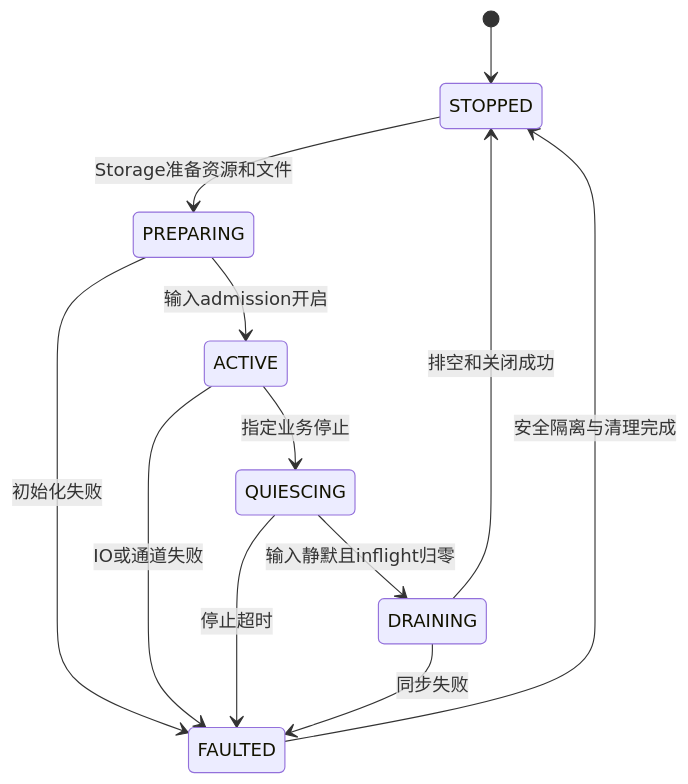
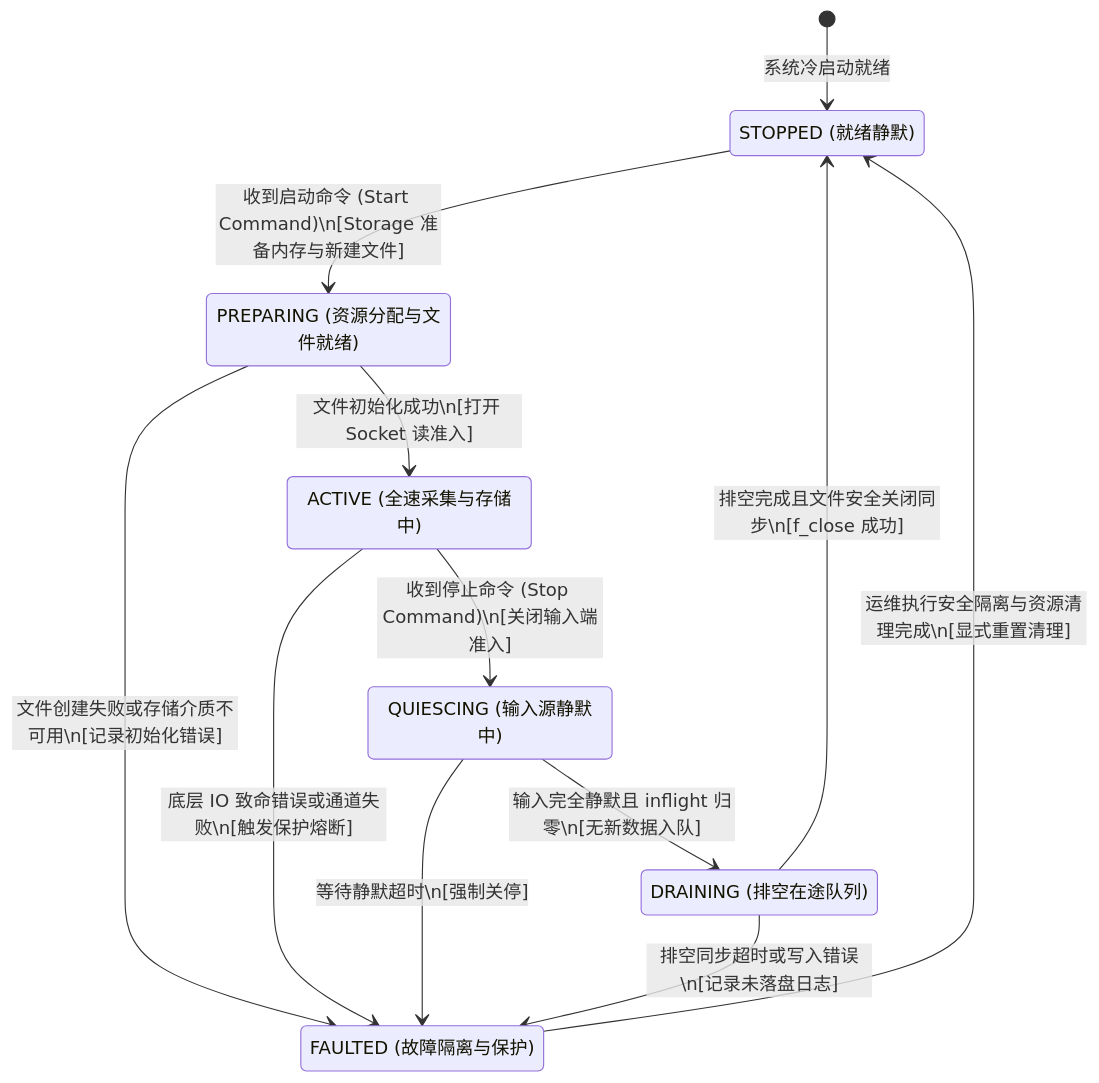
The ninth of 12 diagrams in embedded-systems/modemlog/03-modem-complete-mermaid-flows.md (luckyJimLu/system-design-notes), drawn with Mermaid before and after one commit. The commit also changed other lines of this file and 19 other files, not shown here.

First line of the commit message:
docs: update modem flows and system documentation

````diff
--- a/embedded-systems/modemlog/03-modem-complete-mermaid-flows.md
+++ b/embedded-systems/modemlog/03-modem-complete-mermaid-flows.md
@@ -143,14 +276,26 @@
 ```mermaid
 stateDiagram-v2
-    [*] --> STOPPED
-    STOPPED --> PREPARING: Storage准备资源和文件
-    PREPARING --> ACTIVE: 输入admission开启
-    PREPARING --> FAULTED: 初始化失败
-    ACTIVE --> QUIESCING: 指定业务停止
-    QUIESCING --> DRAINING: 输入静默且inflight归零
-    DRAINING --> STOPPED: 排空和关闭成功
-    ACTIVE --> FAULTED: IO或通道失败
-    QUIESCING --> FAULTED: 停止超时
-    DRAINING --> FAULTED: 同步失败
-    FAULTED --> STOPPED: 安全隔离与清理完成
+    [*] --> STOPPED: 系统冷启动就绪
+
+    state "STOPPED (就绪静默)" as STOPPED
+    state "PREPARING (资源分配与文件就绪)" as PREPARING
+    state "ACTIVE (全速采集与存储中)" as ACTIVE
+    state "QUIESCING (输入源静默中)" as QUIESCING
+    state "DRAINING (排空在途队列)" as DRAINING
+    state "FAULTED (故障隔离与保护)" as FAULTED
+
+    STOPPED --> PREPARING: 收到启动命令 (Start Command)\n[Storage 准备内存与新建文件]
+    PREPARING --> ACTIVE: 文件初始化成功\n[打开 Socket 读准入]
+    PREPARING --> FAULTED: 文件创建失败或存储介质不可用\n[记录初始化错误]
+
+    ACTIVE --> QUIESCING: 收到停止命令 (Stop Command)\n[关闭输入端准入]
+    ACTIVE --> FAULTED: 底层 IO 致命错误或通道失败\n[触发保护熔断]
+
+    QUIESCING --> DRAINING: 输入完全静默且 inflight 归零\n[无新数据入队]
+    QUIESCING --> FAULTED: 等待静默超时\n[强制关停]
+
+    DRAINING --> STOPPED: 排空完成且文件安全关闭同步\n[f_close 成功]
+    DRAINING --> FAULTED: 排空同步超时或写入错误\n[记录未落盘日志]
+
+    FAULTED --> STOPPED: 运维执行安全隔离与资源清理完成\n[显式重置清理]
 ```
````
